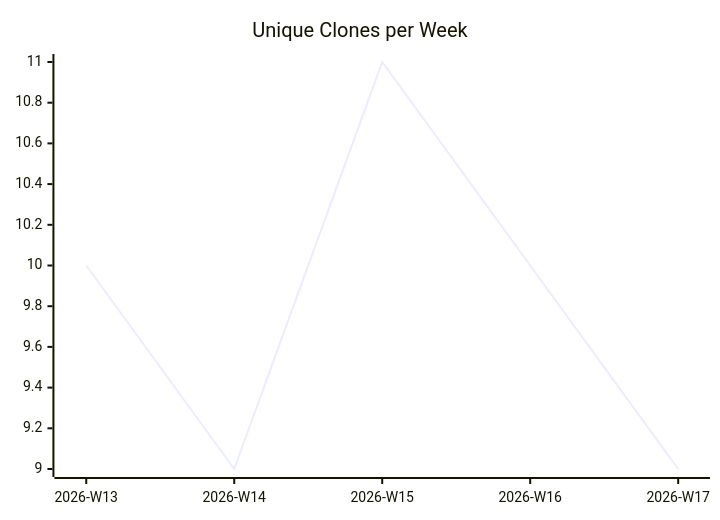
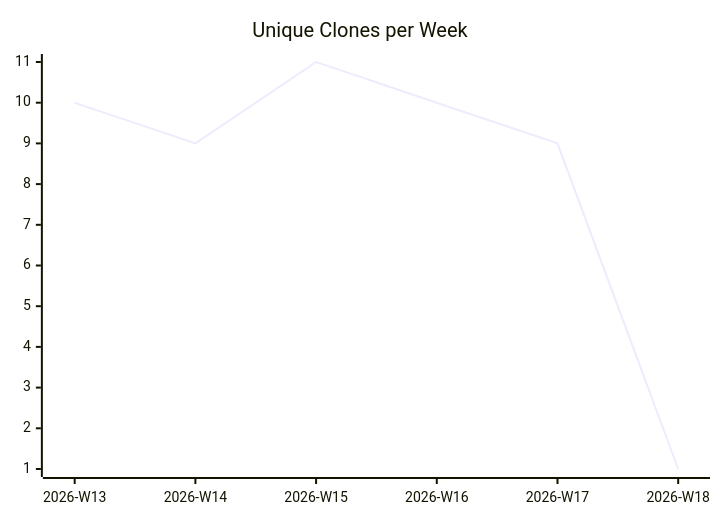
Before and after one commit to justdavis-family/github-analytics-data: the third of 3 diagrams in karlmdavis/usgs-water-api-java/README.md, drawn with Mermaid. The commit also changed other lines of this file and 184 other files, not shown here.

````diff
--- a/karlmdavis/usgs-water-api-java/README.md
+++ b/karlmdavis/usgs-water-api-java/README.md
@@ -19,6 +19,6 @@
 ```mermaid
 xychart-beta
   title "Unique Clones per Week"
-  x-axis ["2026-W13", "2026-W14", "2026-W15", "2026-W16", "2026-W17"]
-  line [10, 9, 11, 10, 9]
+  x-axis ["2026-W13", "2026-W14", "2026-W15", "2026-W16", "2026-W17", "2026-W18"]
+  line [10, 9, 11, 10, 9, 1]
 ```
````
